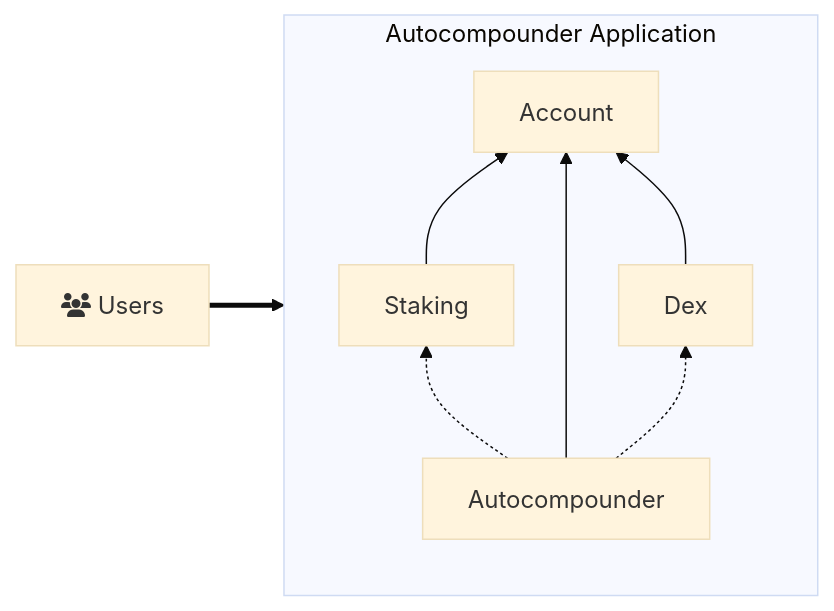
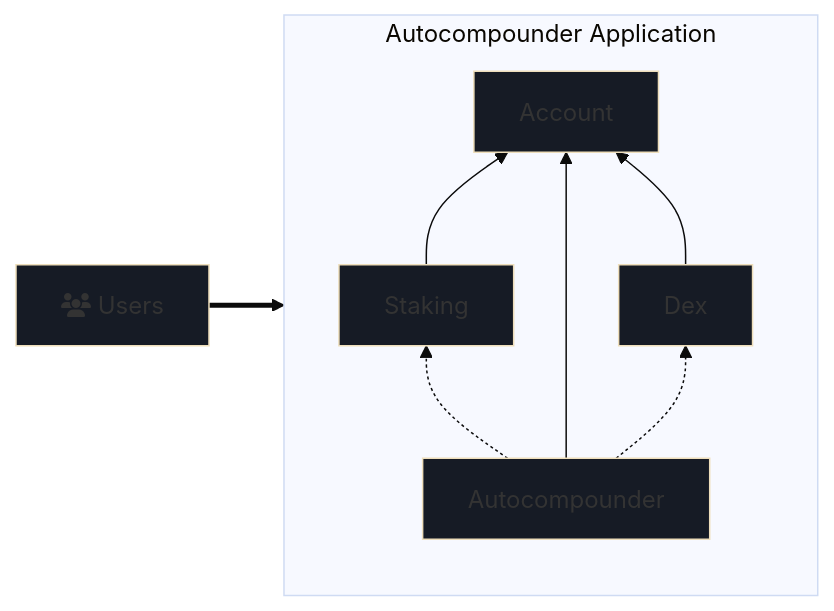
One commit to AbstractSDK/abstract changed the diagram in framework/docs/src/3_framework/1_abstract_sdk.md. Above: the diagram before and after it, drawn with Mermaid (base theme). The commit also changed 3 other files, not shown here.

Commit message:
docs: improve mermaid diagrams

````diff
--- a/framework/docs/src/3_framework/1_abstract_sdk.md
+++ b/framework/docs/src/3_framework/1_abstract_sdk.md
@@ -89,13 +89,19 @@
 ```mermaid
 flowchart LR
     subgraph Autocompounder Application
         direction BT
         Autocompounder -.-> Dex
         Autocompounder -.-> Staking
         Staking --> Account
         Autocompounder --> Account
         Dex --> Account
     end
 
     User[fa:fa-users Users] ==> Autocompounder
+
+    style User fill: #161b25
+    style Autocompounder fill: #161b25
+    style Staking fill: #161b25
+    style Dex fill: #161b25
+    style Account fill: #161b25
 ```
````
